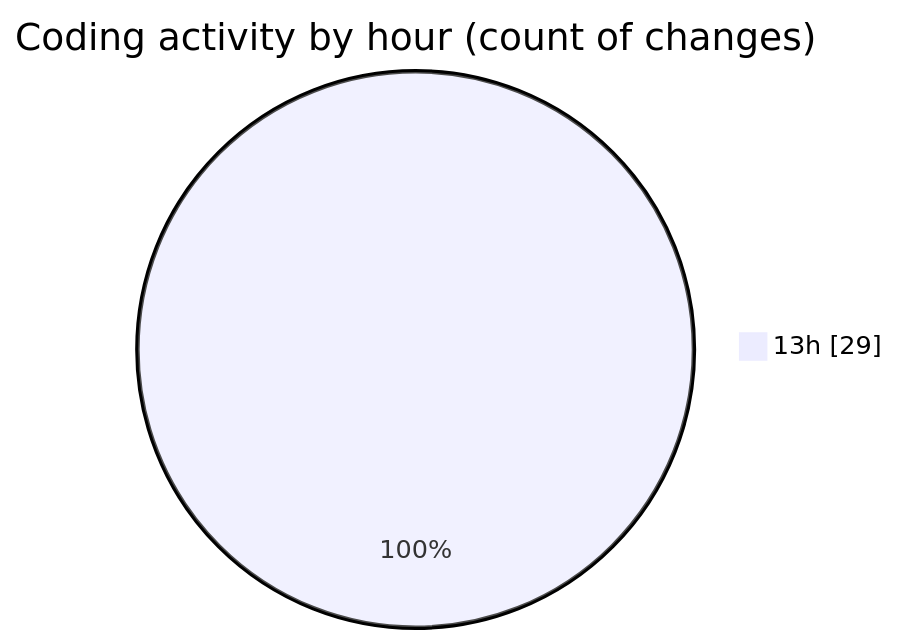
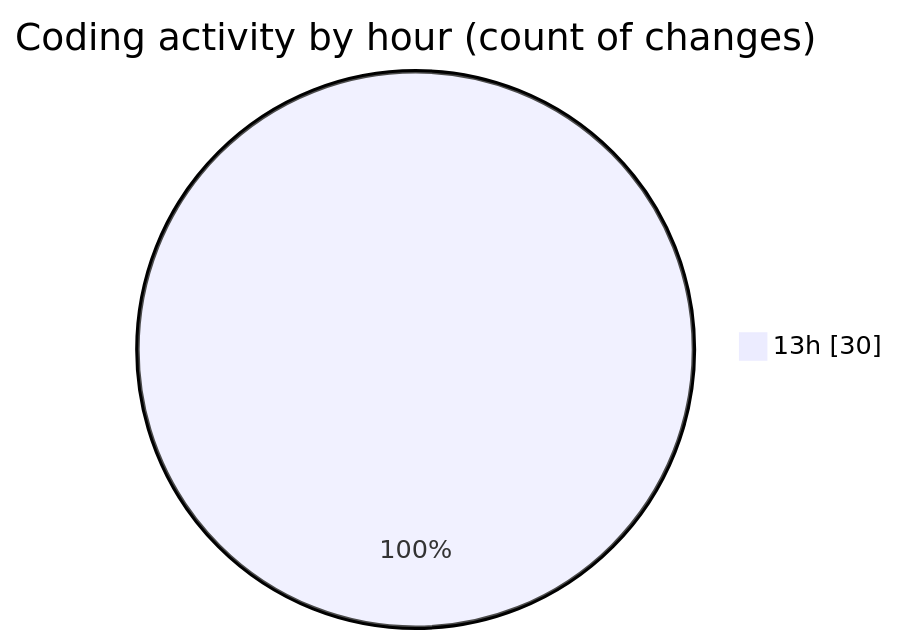
Before and after one commit to CELIANVF/code-tracking: the second of 2 diagrams in 2025-05-28/ecodeli-1/README.md, drawn with Mermaid. The commit also changed other lines of this file and 1 other file, not shown here.

````diff
--- a/2025-05-28/ecodeli-1/README.md
+++ b/2025-05-28/ecodeli-1/README.md
@@ -40,5 +40,5 @@
 ```mermaid
 pie showData
 title Coding activity by hour (count of changes)
-"13h" : 29
+"13h" : 30
 ```
````
